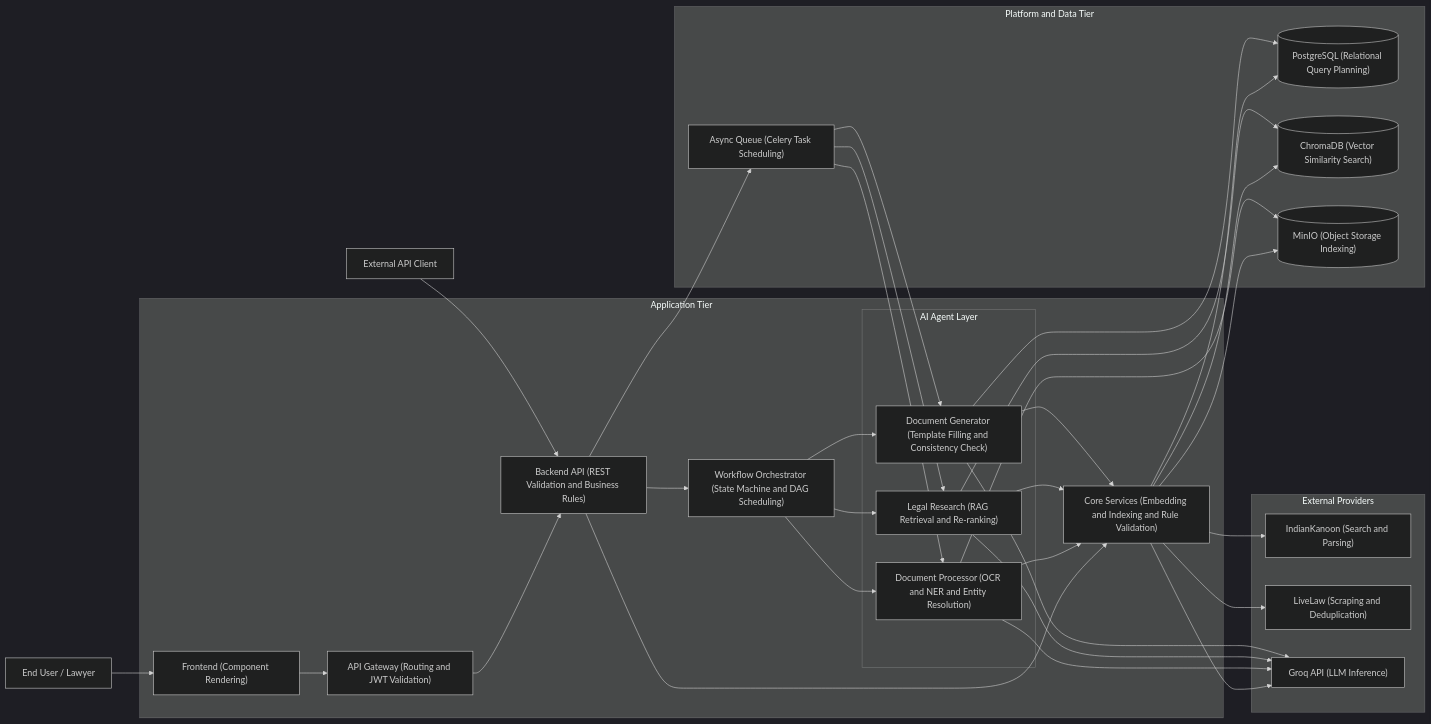
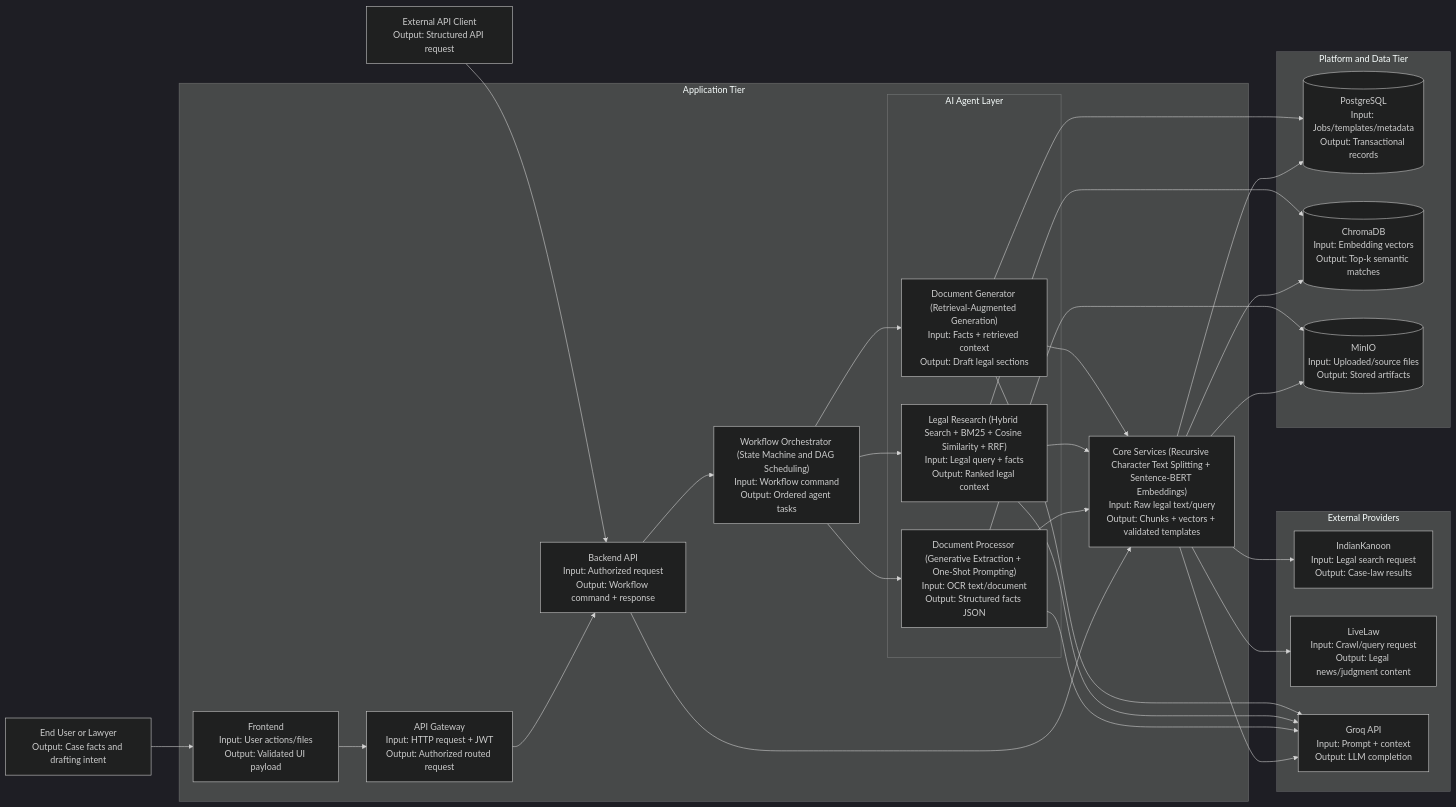
Before and after one commit to delisha02/droitdraft: the first of 4 diagrams in docs/system_architecture_diagram.md, drawn with Mermaid (dark theme). The commit also changed other lines of this file, not shown here.

Commit message:
Refine system block diagram algorithms and remove async queue

````diff
--- a/docs/system_architecture_diagram.md
+++ b/docs/system_architecture_diagram.md
@@ -7,69 +7,63 @@
 ```mermaid
 flowchart LR
     %% Client Layer
-    User["End User / Lawyer"]
-    APIClient["External API Client"]
+    User["End User or Lawyer\nOutput: Case facts and drafting intent"]
+    APIClient["External API Client\nOutput: Structured API request"]
 
     %% Application Tier
     subgraph APP["Application Tier"]
-        FE["Frontend (Component Rendering)"]
-        Gateway["API Gateway (Routing and JWT Validation)"]
-        BE["Backend API (REST Validation and Business Rules)"]
-        Orch["Workflow Orchestrator (State Machine and DAG Scheduling)"]
+        FE["Frontend\nInput: User actions/files\nOutput: Validated UI payload"]
+        Gateway["API Gateway\nInput: HTTP request + JWT\nOutput: Authorized routed request"]
+        BE["Backend API\nInput: Authorized request\nOutput: Workflow command + response"]
+        Orch["Workflow Orchestrator (State Machine and DAG Scheduling)\nInput: Workflow command\nOutput: Ordered agent tasks"]
 
         subgraph AGENTS["AI Agent Layer"]
-            DocProc["Document Processor (OCR and NER and Entity Resolution)"]
-            LegalRes["Legal Research (RAG Retrieval and Re-ranking)"]
-            DocGen["Document Generator (Template Filling and Consistency Check)"]
+            DocProc["Document Processor (Generative Extraction + One-Shot Prompting)\nInput: OCR text/document\nOutput: Structured facts JSON"]
+            LegalRes["Legal Research (Hybrid Search + BM25 + Cosine Similarity + RRF)\nInput: Legal query + facts\nOutput: Ranked legal context"]
+            DocGen["Document Generator (Retrieval-Augmented Generation)\nInput: Facts + retrieved context\nOutput: Draft legal sections"]
         end
 
-        Services["Core Services (Embedding and Indexing and Rule Validation)"]
+        Services["Core Services (Recursive Character Text Splitting + Sentence-BERT Embeddings)\nInput: Raw legal text/query\nOutput: Chunks + vectors + validated templates"]
     end
 
     %% Platform and Data
     subgraph PLATFORM["Platform and Data Tier"]
-        Queue["Async Queue (Celery Task Scheduling)"]
-        PG[("PostgreSQL (Relational Query Planning)")]
-        CH[("ChromaDB (Vector Similarity Search)")]
-        MO[("MinIO (Object Storage Indexing)")]
+        PG[("PostgreSQL\nInput: Jobs/templates/metadata\nOutput: Transactional records")]
+        CH[("ChromaDB\nInput: Embedding vectors\nOutput: Top-k semantic matches")]
+        MO[("MinIO\nInput: Uploaded/source files\nOutput: Stored artifacts")]
     end
 
     %% External Providers
     subgraph EXT["External Providers"]
-        IK["IndianKanoon (Search and Parsing)"]
-        LL["LiveLaw (Scraping and Deduplication)"]
-        Groq["Groq API (LLM Inference)"]
+        IK["IndianKanoon\nInput: Legal search request\nOutput: Case-law results"]
+        LL["LiveLaw\nInput: Crawl/query request\nOutput: Legal news/judgment content"]
+        Groq["Groq API\nInput: Prompt + context\nOutput: LLM completion"]
     end
 
     User --> FE --> Gateway --> BE
     APIClient --> BE
 
     BE --> Orch
     Orch --> DocProc
     Orch --> LegalRes
     Orch --> DocGen
 
     BE --> Services
     DocProc --> Services
     LegalRes --> Services
     DocGen --> Services
 
-    BE --> Queue
-    Queue --> DocProc
-    Queue --> LegalRes
-    Queue --> DocGen
-
     Services --> PG
     Services --> CH
     Services --> MO
     DocProc --> MO
     LegalRes --> CH
     DocGen --> PG
 
     Services --> IK
     Services --> LL
     Services --> Groq
     DocProc --> Groq
     LegalRes --> Groq
     DocGen --> Groq
 ```
````
